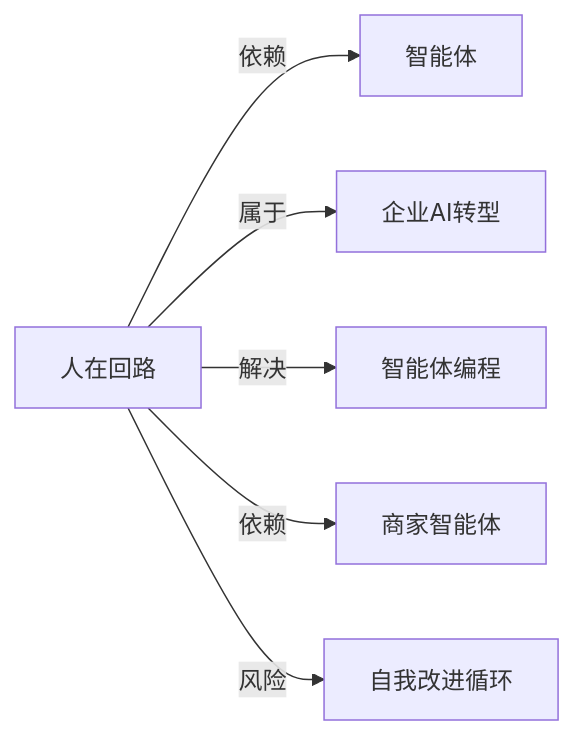
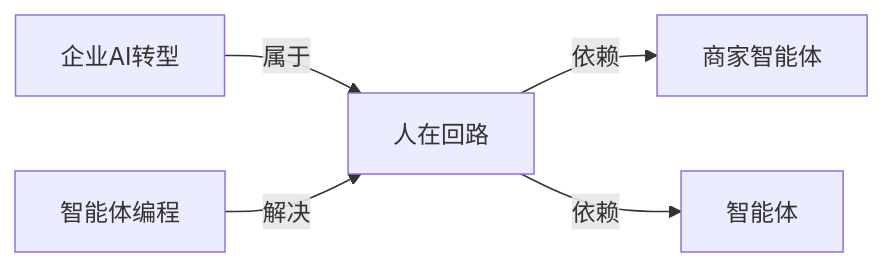
The diagram in wiki/人在回路.md (yibie/claude-best-practices-zh), drawn with Mermaid before and after one commit. The commit also changed other lines of this file and 407 other files, not shown here.

Commit message:
feat: DeepSeek 三遍审校（译文/关系/图谱）+ 可部署静态站点

````diff
--- a/wiki/人在回路.md
+++ b/wiki/人在回路.md
@@ -42,9 +43,8 @@
 ```mermaid
 graph LR
   C["人在回路"]
-  C -->|依赖| N0["智能体"]
-  C -->|属于| N1["企业AI转型"]
-  C -->|解决| N2["智能体编程"]
-  C -->|依赖| N3["商家智能体"]
-  C -->|风险| N4["自我改进循环"]
+  N0["企业AI转型"] -->|属于| C
+  C -->|依赖| N1["商家智能体"]
+  C -->|依赖| N2["智能体"]
+  N3["智能体编程"] -->|解决| C
 ```
````
